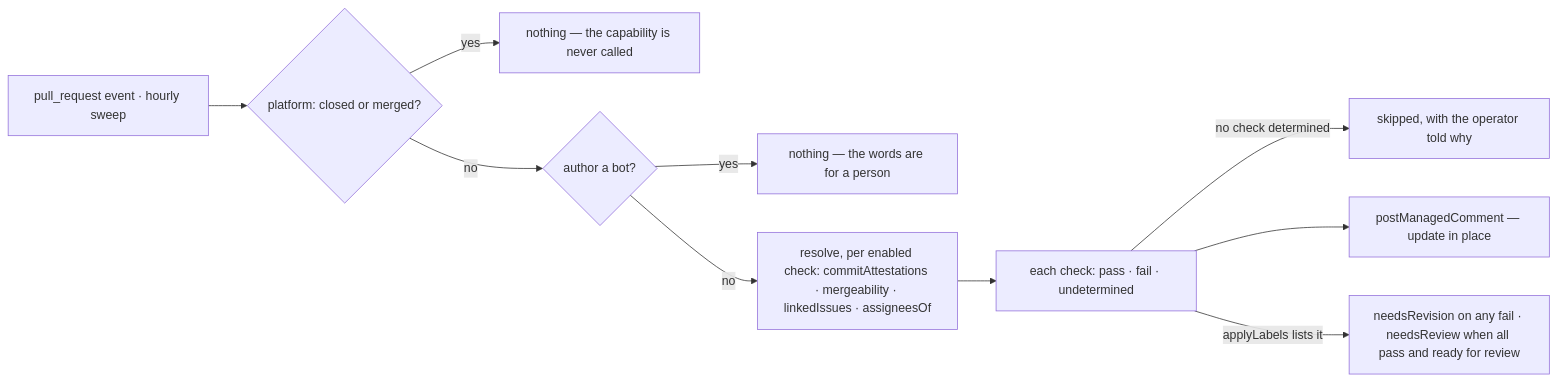
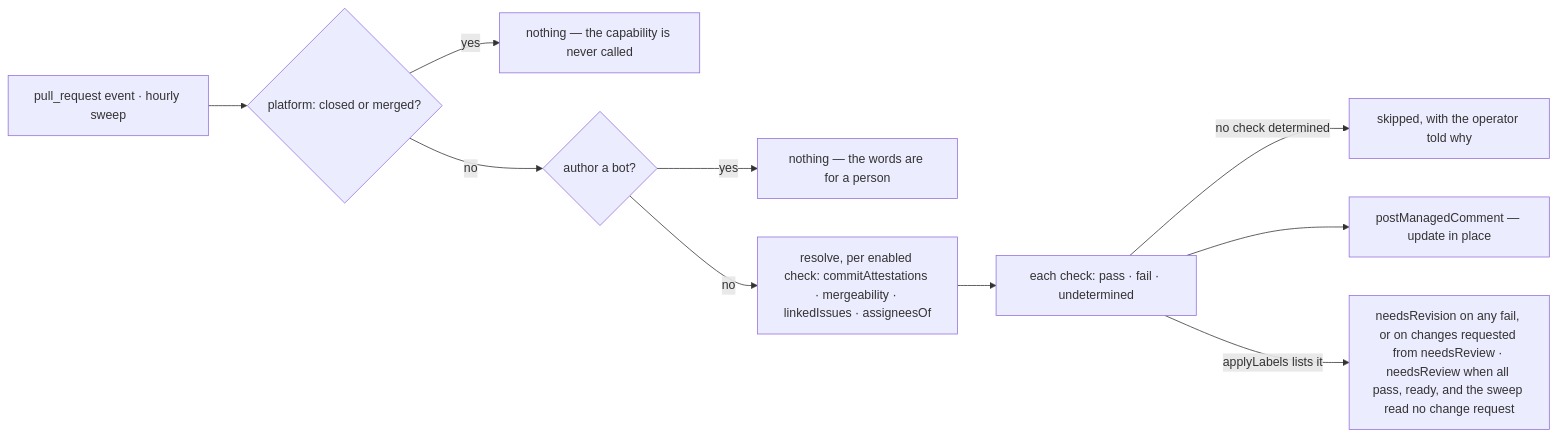
The diagram in packages/capabilities/src/prDashboard/design.md (exploreriii/sdk-automations), drawn with Mermaid before and after one commit. The commit also changed other lines of this file and 21 other files, not shown here.

````diff
--- a/packages/capabilities/src/prDashboard/design.md
+++ b/packages/capabilities/src/prDashboard/design.md
@@ -107,12 +109,12 @@
 ```mermaid
 flowchart LR
     O["pull_request event · hourly sweep"] --> CL{"platform: closed or merged?"}
     CL -->|yes| N0["nothing — the capability is never called"]
     CL -->|no| B{"author a bot?"}
     B -->|yes| N2["nothing — the words are for a person"]
     B -->|no| R["resolve, per enabled check: commitAttestations · mergeability · linkedIssues · assigneesOf"]
     R --> S["each check: pass · fail · undetermined"]
     S -->|"no check determined"| N1["skipped, with the operator told why"]
     S --> I["postManagedComment — update in place"]
-    S -->|"applyLabels lists it"| L["needsRevision on any fail · needsReview when all pass and ready for review"]
+    S -->|"applyLabels lists it"| L["needsRevision on any fail, or on changes requested from needsReview · needsReview when all pass, ready, and the sweep read no change request"]
 ```
````
